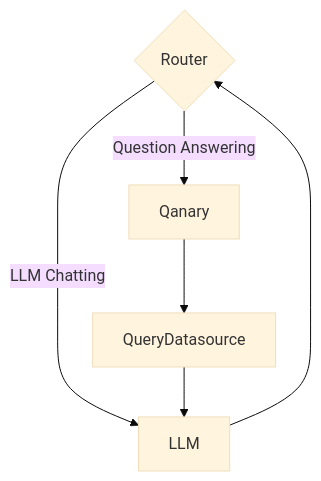
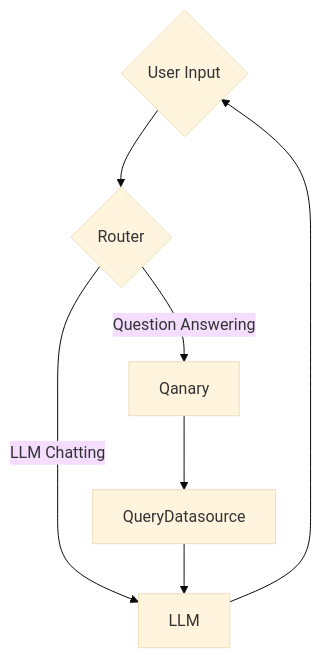
Before and after one commit to busaltmarius/LeipzigTreeChat: the diagram in docs/architecture/graph.md, drawn with Mermaid (base theme).

Commit message:
docs(graph): add user input node

````diff
--- a/docs/architecture/graph.md
+++ b/docs/architecture/graph.md
@@ -8,8 +8,9 @@
 ```mermaid
 flowchart TD
+    U{User Input} --> R
     R{Router} -->|LLM Chatting| LLM
     R -->|Question Answering| Qanary
     Qanary --> QueryDatasource
     QueryDatasource --> LLM
-    LLM --> R
+    LLM --> U
 ```
````
